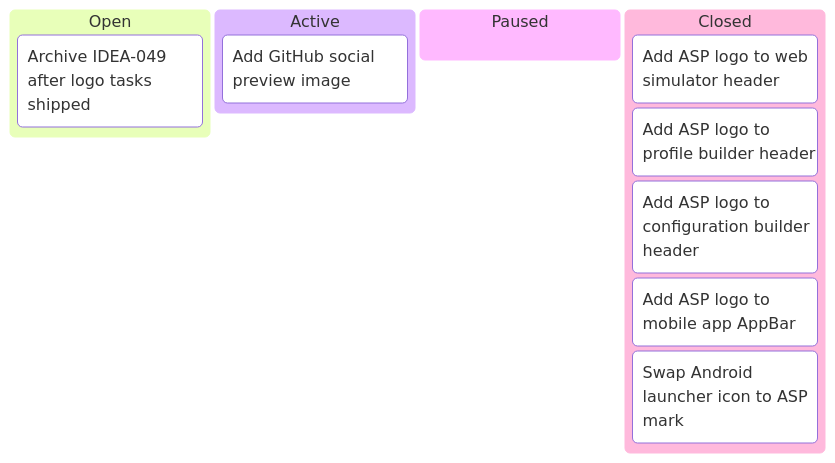
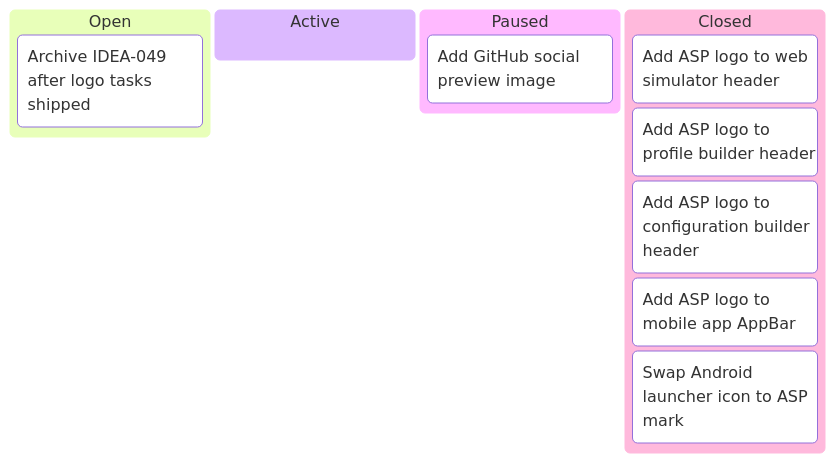
Before and after one commit to tgd1975/AwesomeStudioPedal: the fifth of 8 diagrams in docs/developers/tasks/KANBAN.md, drawn with Mermaid. The commit also changed other lines of this file and 8 other files, not shown here.

````diff
--- a/docs/developers/tasks/KANBAN.md
+++ b/docs/developers/tasks/KANBAN.md
@@ -81,14 +81,14 @@
 ```mermaid
 kanban
   Open
     TASK_344["Archive IDEA-049 after logo tasks shipped"]
   Active
+  Paused
     TASK_343["Add GitHub social preview image"]
-  Paused
   Closed
     TASK_339["Add ASP logo to web simulator header"]
     TASK_340["Add ASP logo to profile builder header"]
     TASK_341["Add ASP logo to configuration builder header"]
     TASK_342["Add ASP logo to mobile app AppBar"]
     TASK_345["Swap Android launcher icon to ASP mark"]
 ```
````
